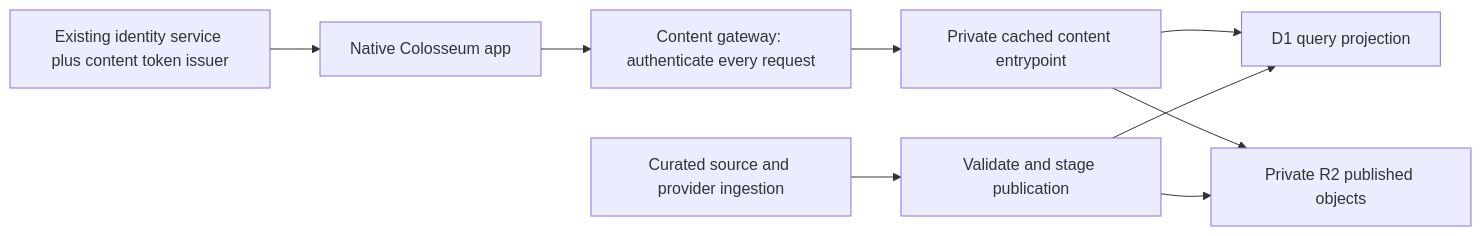
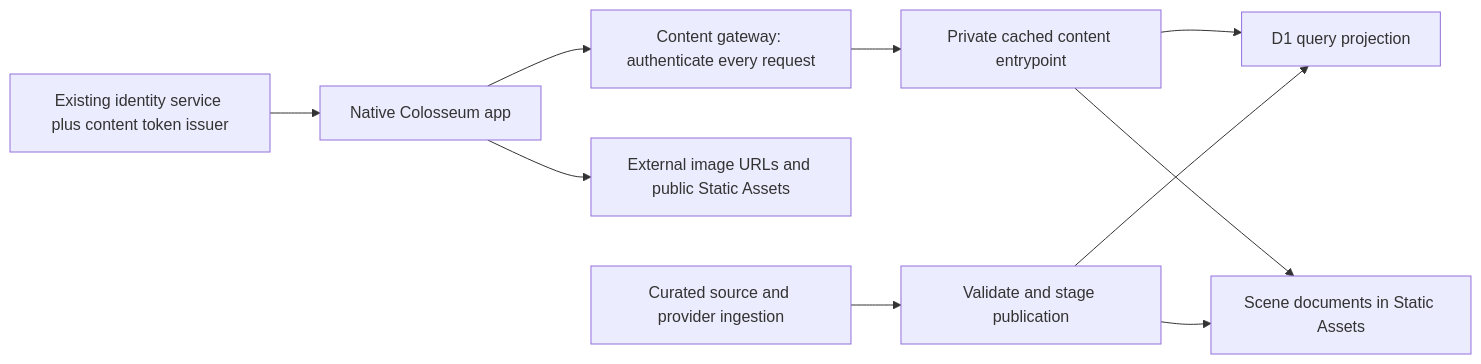
The diagram in docs/research/2026-10-14-content-api-infrastructure-plan.md (kingoftheseas56/Colosseum), drawn with Mermaid before and after one commit. The commit also changed other lines of this file, not shown here.

Commit message:
Revise content plan for free services and URL-based assets

````diff
--- a/docs/research/2026-10-14-content-api-infrastructure-plan.md
+++ b/docs/research/2026-10-14-content-api-infrastructure-plan.md
@@ -58,11 +59,12 @@
 ```mermaid
 flowchart LR
     App[Native Colosseum app] --> Gateway[Content gateway: authenticate every request]
     Gateway --> Cache[Private cached content entrypoint]
     Cache --> SQL[D1 query projection]
-    Cache --> R2[Private R2 published objects]
+    Cache --> Static[Scene documents in Static Assets]
+    App --> Images[External image URLs and public Static Assets]
     Author[Curated source and provider ingestion] --> Publish[Validate and stage publication]
     Publish --> SQL
-    Publish --> R2
+    Publish --> Static
     Issuer[Existing identity service plus content token issuer] --> App
 ```
````
